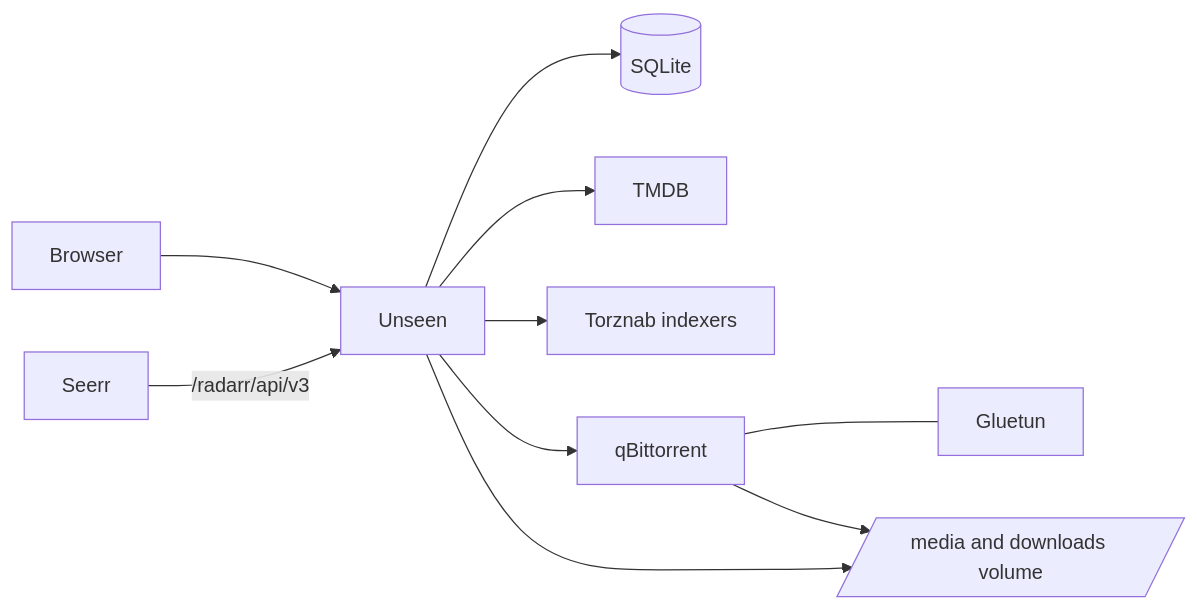
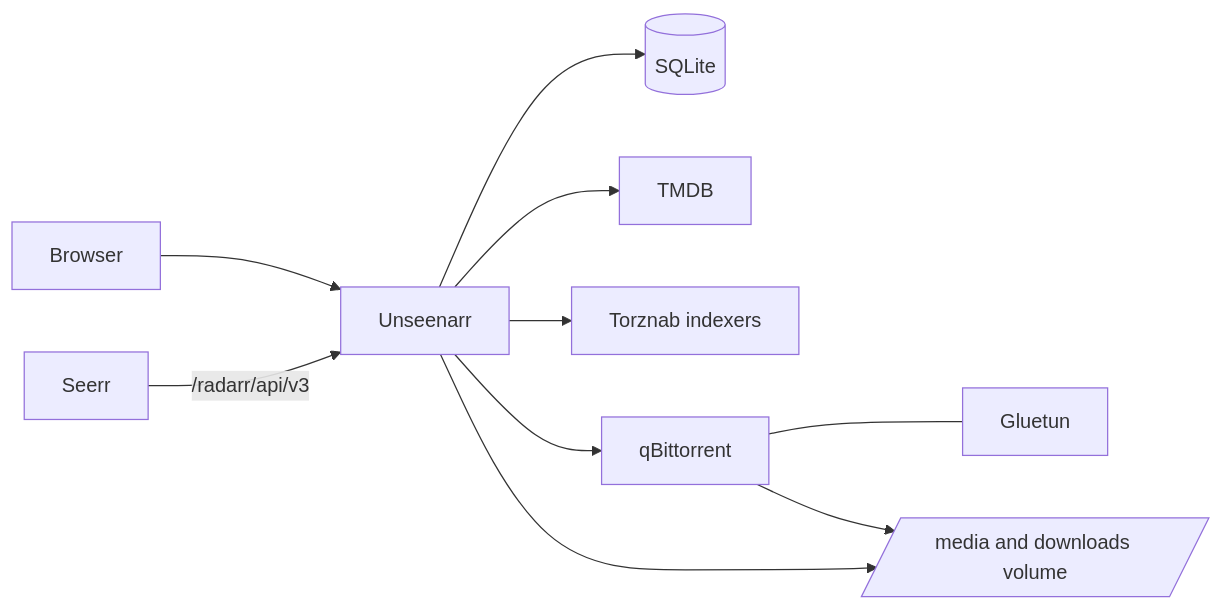
Before and after one commit to CodexisPhantom/unseen: the first of 2 diagrams in docs/02-architecture.md, drawn with Mermaid. The commit also changed other lines of this file and 168 other files, not shown here.

Commit message:
chore: rename project from unseen to unseenarr (#255)

````diff
--- a/docs/02-architecture.md
+++ b/docs/02-architecture.md
@@ -18,12 +18,12 @@
 ```mermaid
 flowchart LR
-  Browser --> Unseen
-  Seerr -->|/radarr/api/v3| Unseen
-  Unseen --> SQLite[(SQLite)]
-  Unseen --> TMDB
-  Unseen --> Indexers[Torznab indexers]
-  Unseen --> QB[qBittorrent]
+  Browser --> Unseenarr
+  Seerr -->|/radarr/api/v3| Unseenarr
+  Unseenarr --> SQLite[(SQLite)]
+  Unseenarr --> TMDB
+  Unseenarr --> Indexers[Torznab indexers]
+  Unseenarr --> QB[qBittorrent]
   QB --- Gluetun
-  Unseen --> Media[/media and downloads volume/]
+  Unseenarr --> Media[/media and downloads volume/]
   QB --> Media
 ```
````
